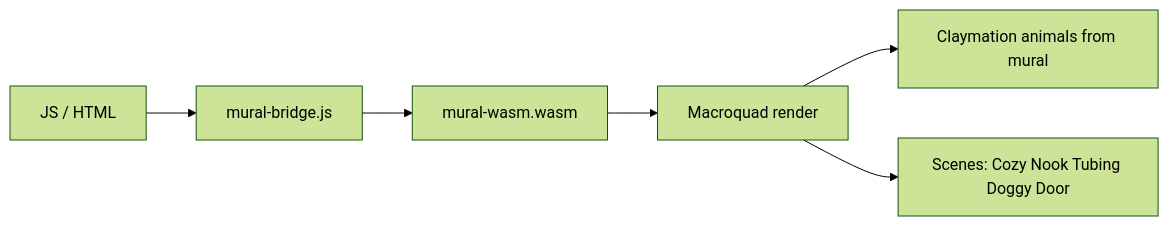
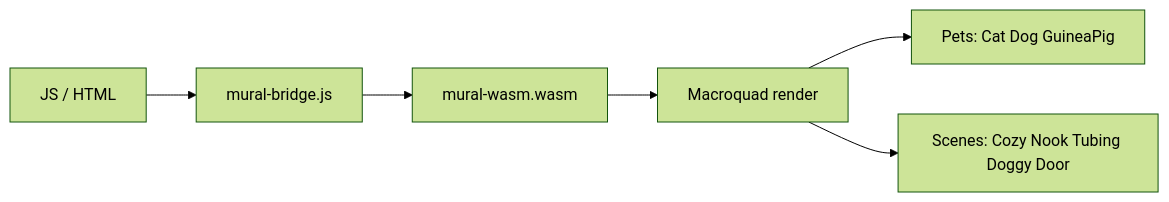
The diagram in mural-wasm/README.md (cochranblock/oakilydokily), drawn with Mermaid (forest theme) before and after one commit. The commit also changed other lines of this file and 4 other files, not shown here.

First line of the commit message:
mural-wasm: revert to 1000003453 sprites - claymation extraction failed

````diff
--- a/mural-wasm/README.md
+++ b/mural-wasm/README.md
@@ -15,8 +15,8 @@
 ```mermaid
 flowchart LR
     JS[JS / HTML] --> Bridge[mural-bridge.js]
     Bridge --> WASM[mural-wasm.wasm]
     WASM --> Macroquad[Macroquad render]
-    Macroquad --> Pets[Claymation animals from mural]
+    Macroquad --> Pets[Pets: Cat Dog GuineaPig]
     Macroquad --> Scenes[Scenes: Cozy Nook Tubing Doggy Door]
 ```
````
